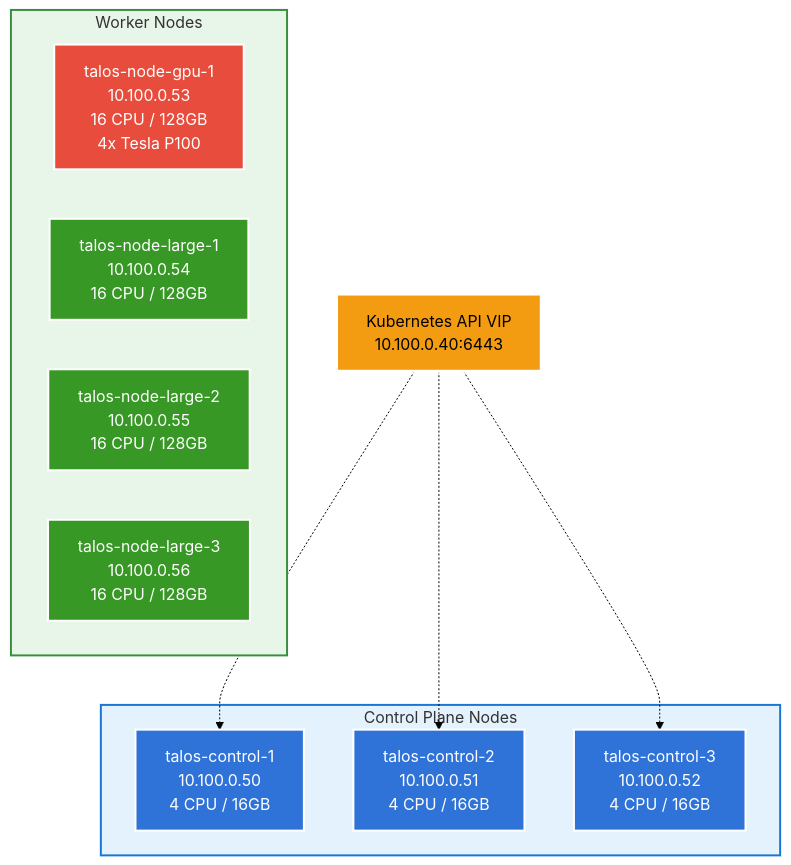
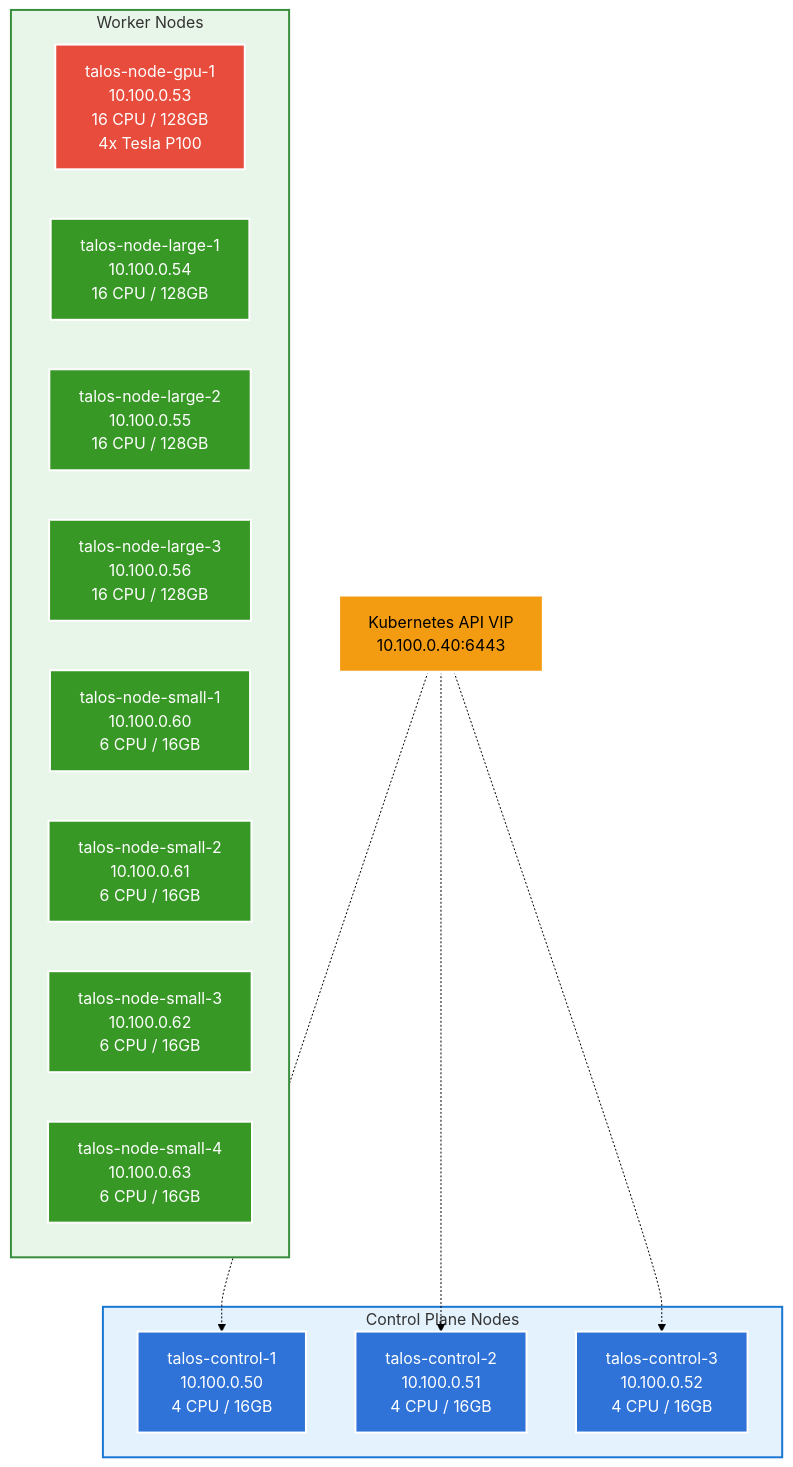
The third of 4 diagrams in README.md (dapperdivers/dapper-cluster), drawn with Mermaid (forest theme) before and after one commit. The commit also changed other lines of this file and 36 other files, not shown here.

````diff
--- a/README.md
+++ b/README.md
@@ -218,30 +226,34 @@
 ```mermaid
 graph TB
     %% Styling
     classDef control fill:#2f73d8,stroke:#fff,stroke-width:2px,color:#fff
     classDef worker fill:#389826,stroke:#fff,stroke-width:2px,color:#fff
     classDef gpu fill:#e74c3c,stroke:#fff,stroke-width:2px,color:#fff
     classDef vip fill:#f39c12,stroke:#fff,stroke-width:3px,color:#000
 
     VIP["Kubernetes API VIP<br/>10.100.0.40:6443"]:::vip
 
     subgraph ControlPlane["Control Plane Nodes"]
         CP1["talos-control-1<br/>10.100.0.50<br/>4 CPU / 16GB"]:::control
         CP2["talos-control-2<br/>10.100.0.51<br/>4 CPU / 16GB"]:::control
         CP3["talos-control-3<br/>10.100.0.52<br/>4 CPU / 16GB"]:::control
     end
 
     subgraph Workers["Worker Nodes"]
         GPU["talos-node-gpu-1<br/>10.100.0.53<br/>16 CPU / 128GB<br/>4x Tesla P100"]:::gpu
         W1["talos-node-large-1<br/>10.100.0.54<br/>16 CPU / 128GB"]:::worker
         W2["talos-node-large-2<br/>10.100.0.55<br/>16 CPU / 128GB"]:::worker
         W3["talos-node-large-3<br/>10.100.0.56<br/>16 CPU / 128GB"]:::worker
+        S1["talos-node-small-1<br/>10.100.0.60<br/>6 CPU / 16GB"]:::worker
+        S2["talos-node-small-2<br/>10.100.0.61<br/>6 CPU / 16GB"]:::worker
+        S3["talos-node-small-3<br/>10.100.0.62<br/>6 CPU / 16GB"]:::worker
+        S4["talos-node-small-4<br/>10.100.0.63<br/>6 CPU / 16GB"]:::worker
     end
 
     VIP -.-> CP1
     VIP -.-> CP2
     VIP -.-> CP3
 
     style ControlPlane fill:#e3f2fd,stroke:#1976d2,stroke-width:2px
     style Workers fill:#e8f5e9,stroke:#388e3c,stroke-width:2px
 ```
````
